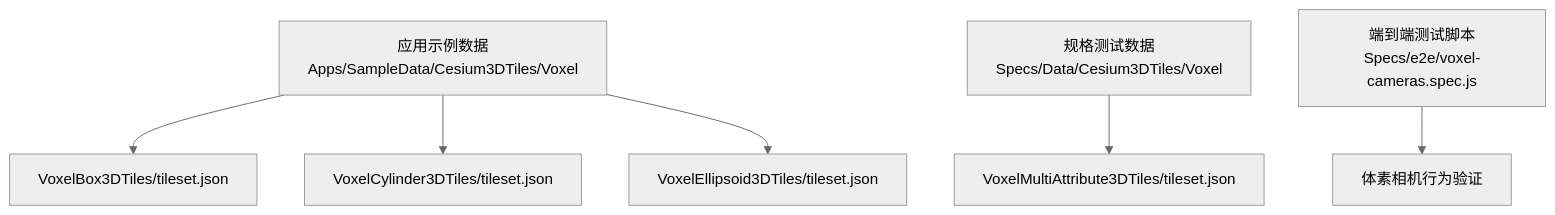
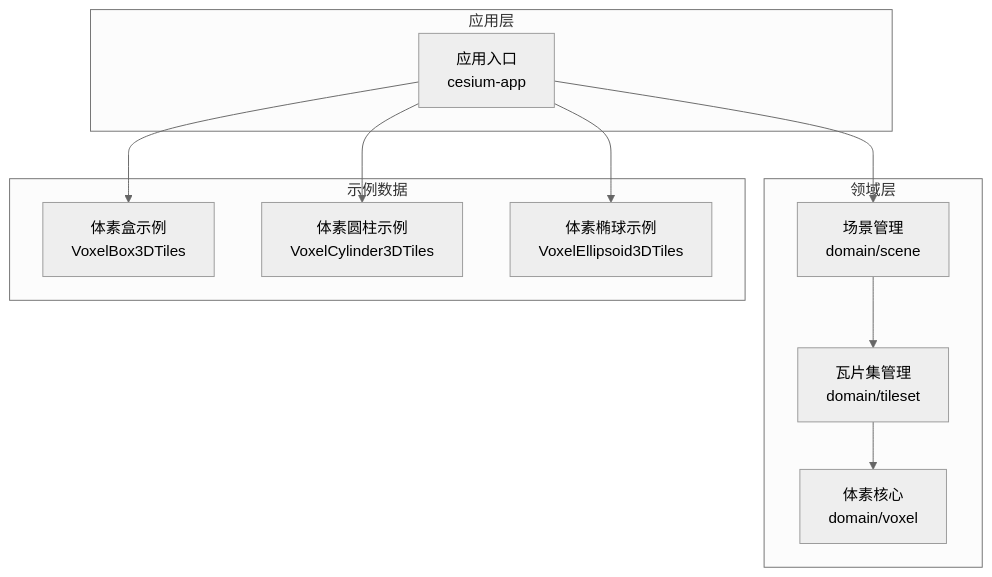
Before and after one commit to rzhangjing/cesium: the first of 6 diagrams in .qoder/repowiki/zh/content/项目概述/核心特性/3D数据格式支持/体素数据渲染.md, drawn with Mermaid (neutral theme). The commit also changed other lines of this file and 30 other files, not shown here.

````diff
--- a/.qoder/repowiki/zh/content/项目概述/核心特性/3D数据格式支持/体素数据渲染.md
+++ b/.qoder/repowiki/zh/content/项目概述/核心特性/3D数据格式支持/体素数据渲染.md
@@ -35,8 +37,22 @@
 ```mermaid
 graph TB
-A["应用示例数据<br/>Apps/SampleData/Cesium3DTiles/Voxel"] --> B["VoxelBox3DTiles/tileset.json"]
-A --> C["VoxelCylinder3DTiles/tileset.json"]
-A --> D["VoxelEllipsoid3DTiles/tileset.json"]
-E["规格测试数据<br/>Specs/Data/Cesium3DTiles/Voxel"] --> F["VoxelMultiAttribute3DTiles/tileset.json"]
-G["端到端测试脚本<br/>Specs/e2e/voxel-cameras.spec.js"] --> H["体素相机行为验证"]
+subgraph "应用层"
+App["应用入口<br/>cesium-app"]
+end
+subgraph "领域层"
+Scene["场景管理<br/>domain/scene"]
+Tileset["瓦片集管理<br/>domain/tileset"]
+Voxel["体素核心<br/>domain/voxel"]
+end
+subgraph "示例数据"
+DataBox["体素盒示例<br/>VoxelBox3DTiles"]
+DataCyl["体素圆柱示例<br/>VoxelCylinder3DTiles"]
+DataEll["体素椭球示例<br/>VoxelEllipsoid3DTiles"]
+end
+App --> Scene
+Scene --> Tileset
+Tileset --> Voxel
+App --> DataBox
+App --> DataCyl
+App --> DataEll
 ```
````
